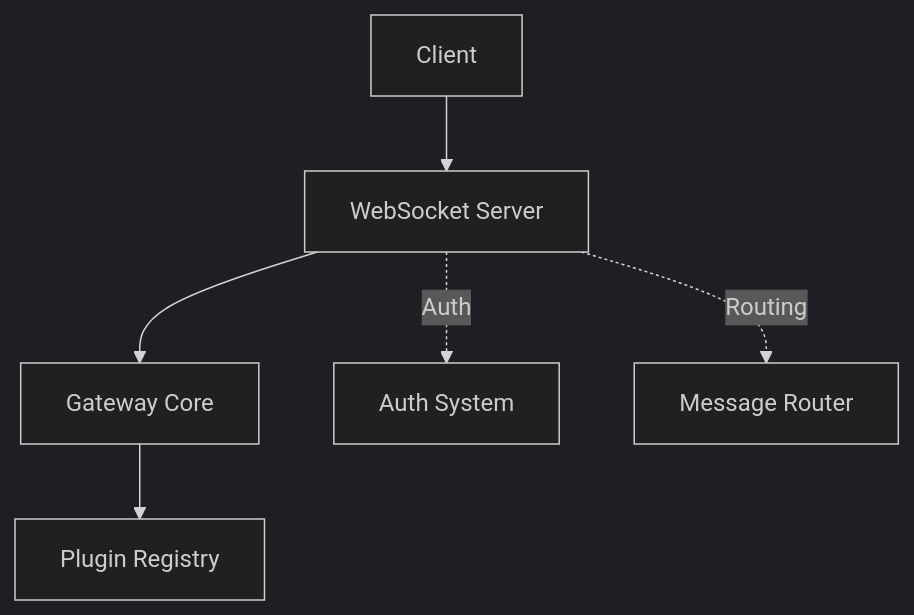
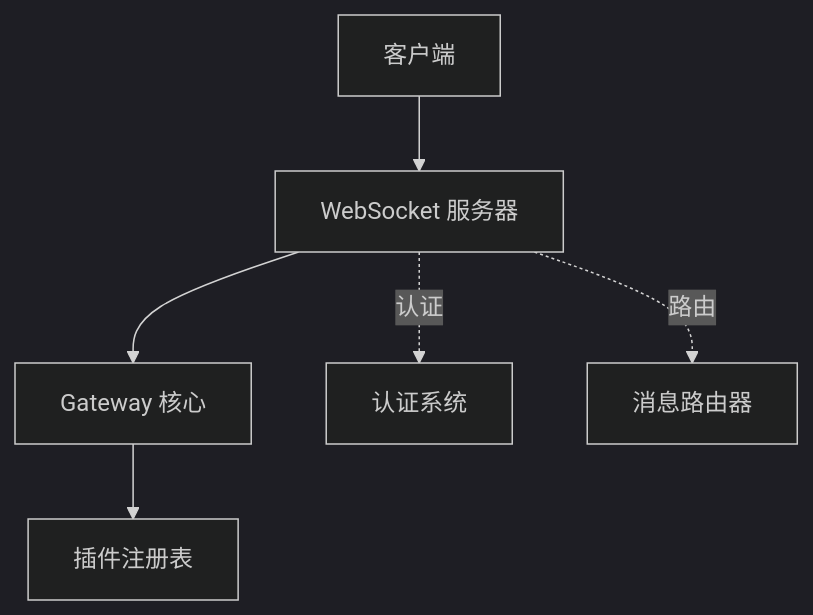
The first of 5 diagrams in docs/zh/architecture-book/part-4-gateway-protocol/02-ws-transport.md (a576378368/openclaw_docs), drawn with Mermaid (dark theme) before and after one commit. The commit also changed other lines of this file and 4 other files, not shown here.

````diff
--- a/docs/zh/architecture-book/part-4-gateway-protocol/02-ws-transport.md
+++ b/docs/zh/architecture-book/part-4-gateway-protocol/02-ws-transport.md
@@ -17,14 +17,14 @@
 ```mermaid
 flowchart TB
-    Client[Client]
-    WS[WebSocket Server]
-    Gateway[Gateway Core]
-    Registry[Plugin Registry]
+    Client[客户端]
+    WS[WebSocket 服务器]
+    Gateway[Gateway 核心]
+    Registry[插件注册表]
 
     Client --> WS
     WS --> Gateway
     Gateway --> Registry
 
-    WS -.->|Auth| Auth[Auth System]
-    WS -.->|Routing| Router[Message Router]
+    WS -.->|认证| Auth[认证系统]
+    WS -.->|路由| Router[消息路由器]
 ```
````
